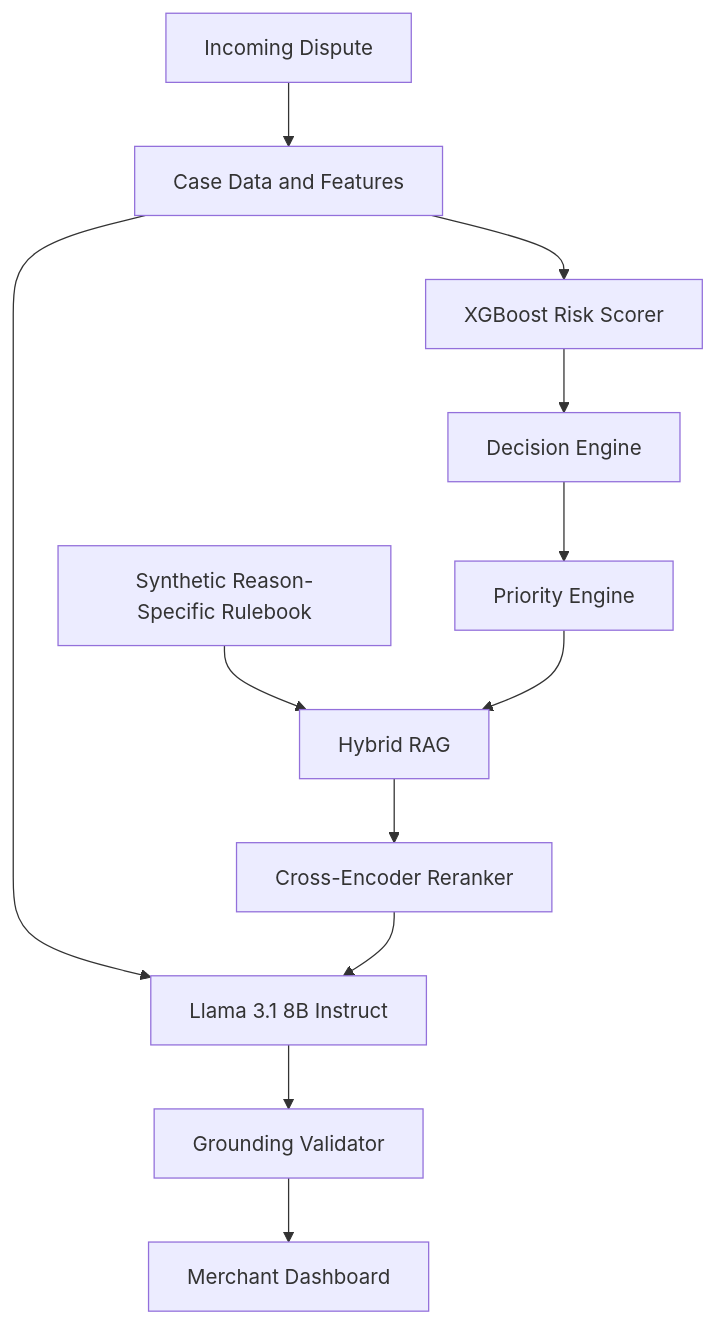
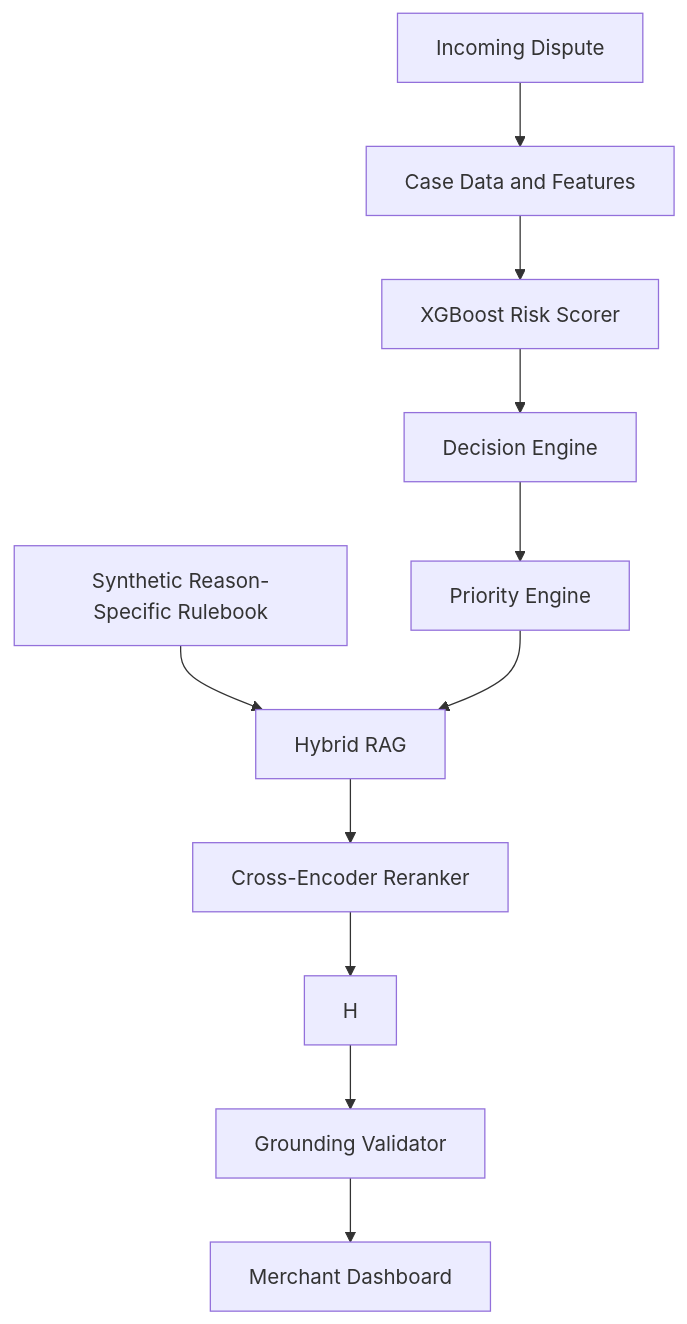
One commit to Gautam0211/Razorpay_AI_Chargeback_Evidence_Responder changed the first of 7 diagrams in README.md. Above: the diagram before and after it, drawn with Mermaid.

````diff
--- a/README.md
+++ b/README.md
@@ -93,16 +93,15 @@
 ```mermaid
 flowchart TD
     A[Incoming Dispute] --> B[Case Data and Features]
     B --> C[XGBoost Risk Scorer]
     C --> D[Decision Engine]
     D --> E[Priority Engine]
 
     R[Synthetic Reason-Specific Rulebook] --> F[Hybrid RAG]
     E --> F
 
     F --> G[Cross-Encoder Reranker]
-    B --> H[Llama 3.1 8B Instruct]
     G --> H
     H --> I[Grounding Validator]
     I --> J[Merchant Dashboard]
 ```
````
